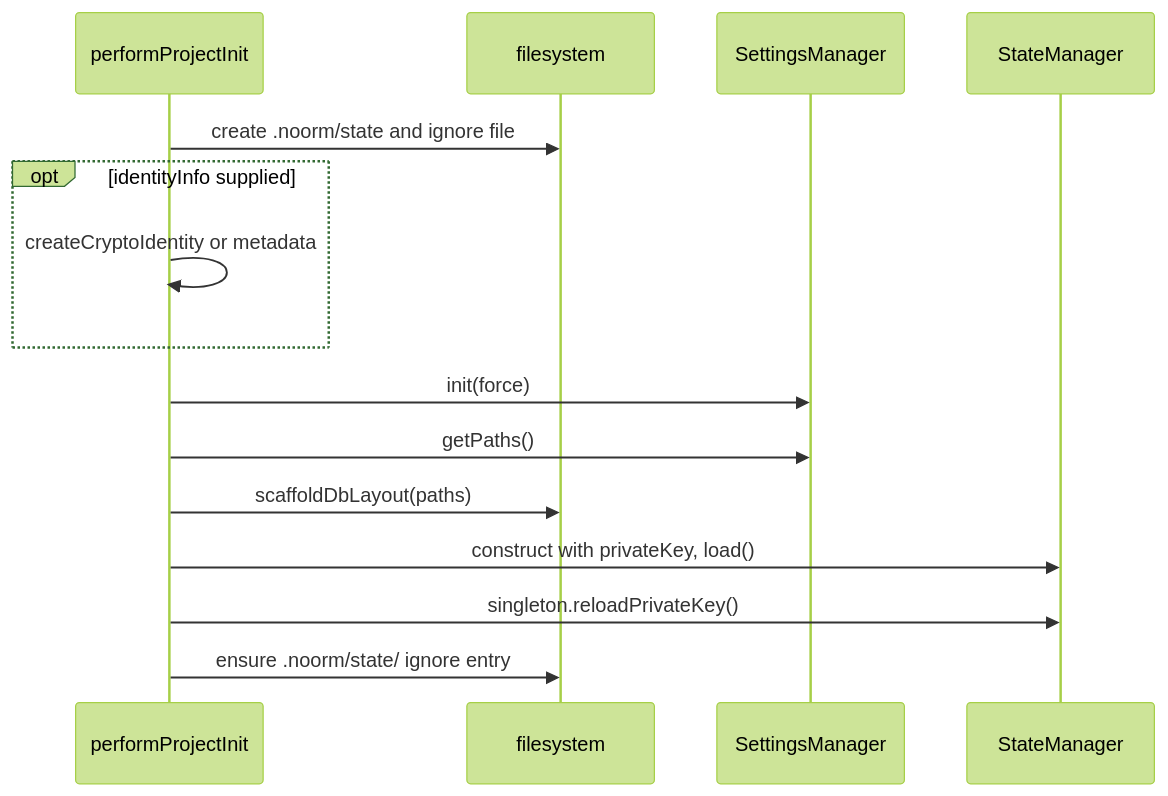
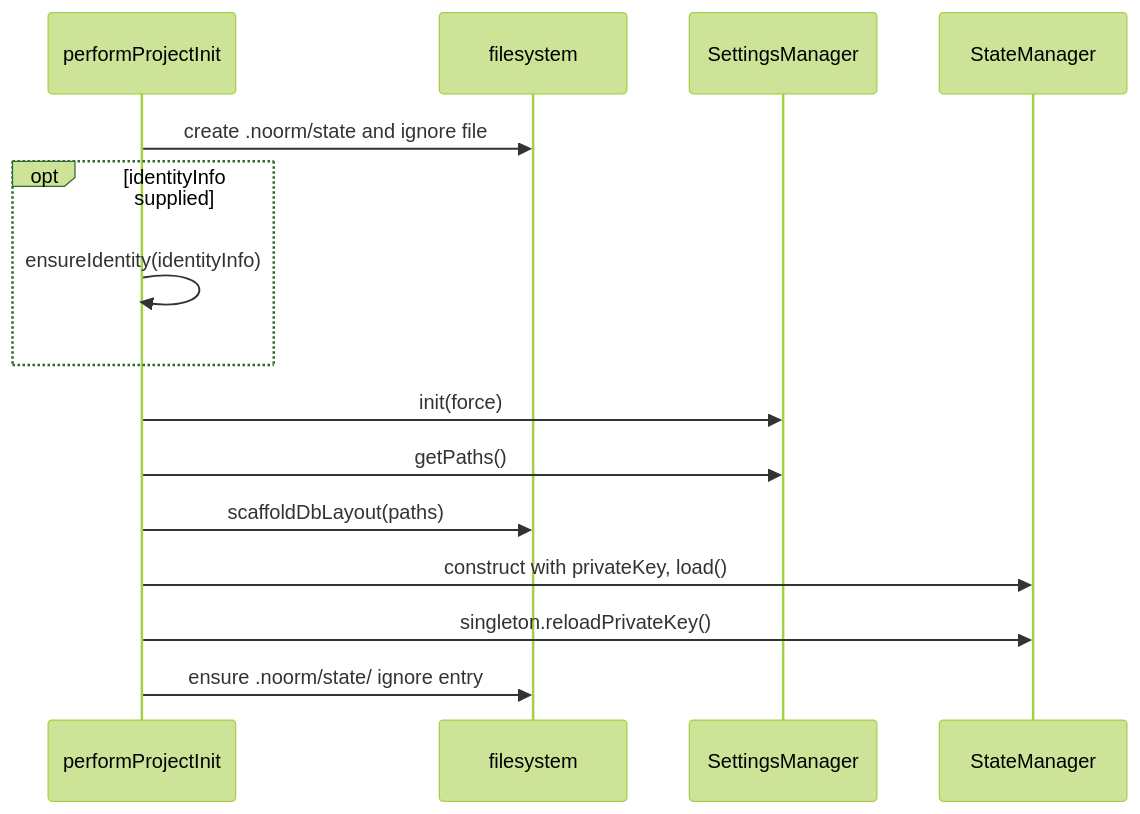
Before and after one commit to noormdev/noorm: the third of 7 diagrams in docs/wiki/core-state.md, drawn with Mermaid (forest theme). The commit also changed other lines of this file and 191 other files, not shown here.

````diff
--- a/docs/wiki/core-state.md
+++ b/docs/wiki/core-state.md
@@ -114,18 +116,18 @@
 ```mermaid
 sequenceDiagram
     %% source: src/core/project-init.ts
     participant Init as performProjectInit
     participant FS as filesystem
     participant Settings as SettingsManager
     participant State as StateManager
     Init->>FS: create .noorm/state and ignore file
     opt identityInfo supplied
-        Init->>Init: createCryptoIdentity or metadata
+        Init->>Init: ensureIdentity(identityInfo)
     end
     Init->>Settings: init(force)
     Init->>Settings: getPaths()
     Init->>FS: scaffoldDbLayout(paths)
     Init->>State: construct with privateKey, load()
     Init->>State: singleton.reloadPrivateKey()
     Init->>FS: ensure .noorm/state/ ignore entry
 ```
````
